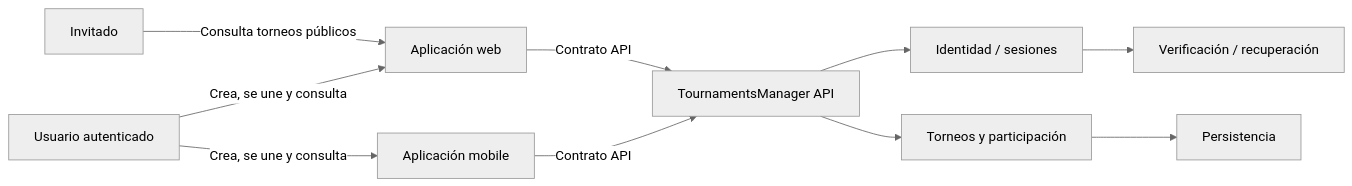
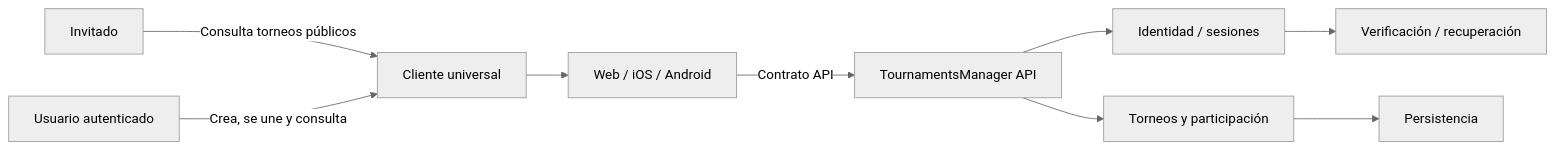
The diagram in docs/diagrams/system-context.md (joseantoniogarciay/TournamentsManager), drawn with Mermaid (neutral theme) before and after one commit. The commit also changed other lines of this file and 12 other files, not shown here.

Commit message:
docs: accept universal React Native client

````diff
--- a/docs/diagrams/system-context.md
+++ b/docs/diagrams/system-context.md
@@ -7,14 +8,12 @@
 ```mermaid
 flowchart LR
-    Guest["Invitado"] -->|"Consulta torneos públicos"| Web["Aplicación web"]
-    User["Usuario autenticado"] -->|"Crea, se une y consulta"| Web
-    User -->|"Crea, se une y consulta"| Mobile["Aplicación mobile"]
-
-    Web -->|"Contrato API"| API["TournamentsManager API"]
-    Mobile -->|"Contrato API"| API
+    Guest["Invitado"] -->|"Consulta torneos públicos"| Client["Cliente universal"]
+    User["Usuario autenticado"] -->|"Crea, se une y consulta"| Client
+    Client --> Targets["Web / iOS / Android"]
+    Targets -->|"Contrato API"| API["TournamentsManager API"]
 
     API --> Identity["Identidad / sesiones"]
     API --> Tournament["Torneos y participación"]
     Tournament --> Data["Persistencia"]
     Identity --> Mail["Verificación / recuperación"]
 ```
````
